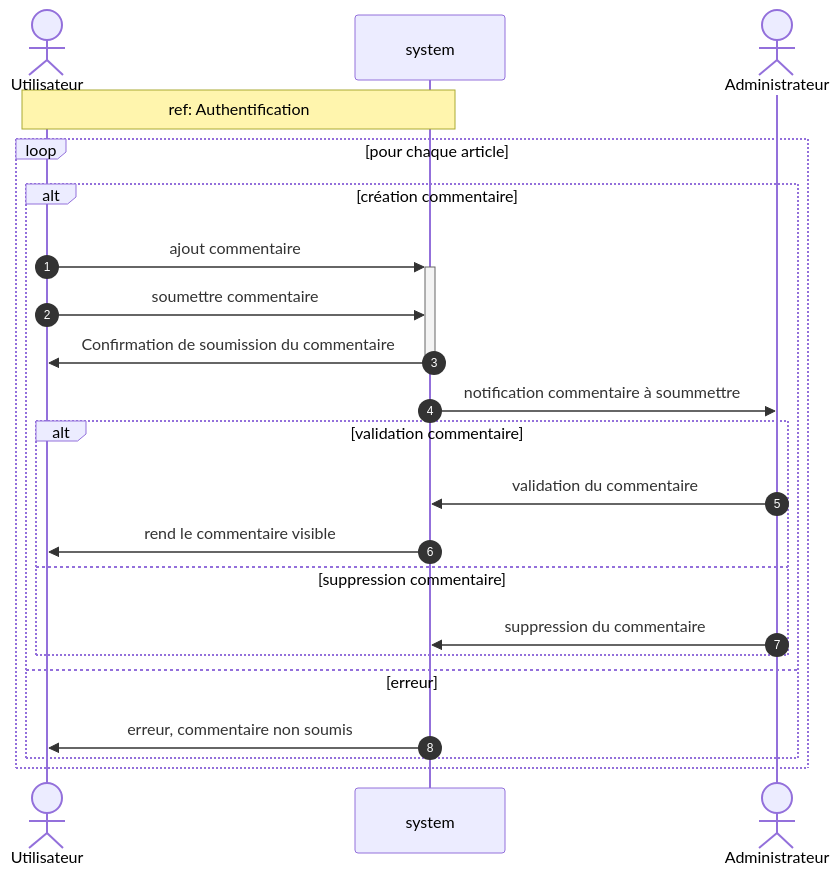
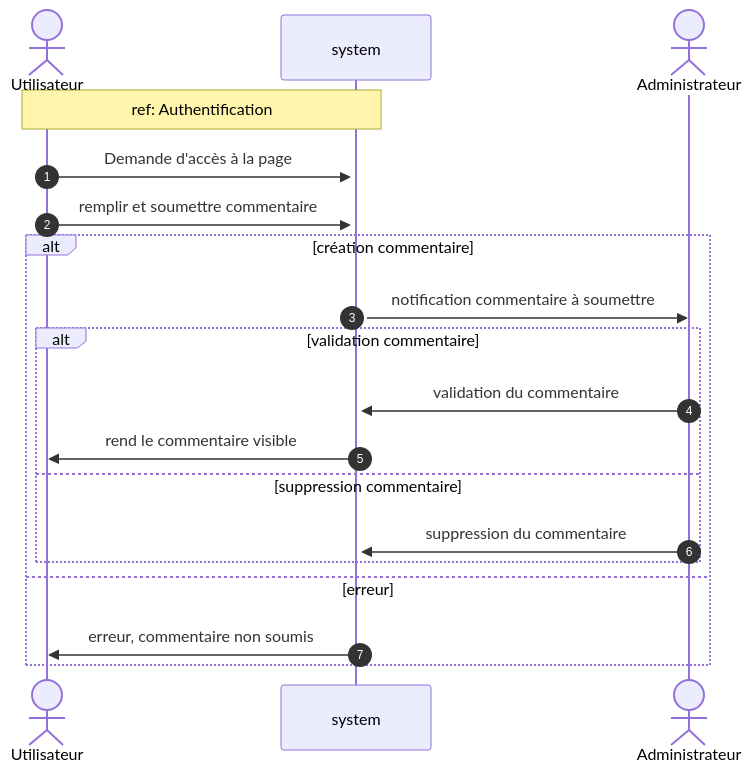
The diagram in public/UML/sd_creation_commentaire.md (Tony-marques/p5_blog), drawn with Mermaid before and after one commit. The commit also changed 28 other files, not shown here.

````diff
--- a/public/UML/sd_creation_commentaire.md
+++ b/public/UML/sd_creation_commentaire.md
@@ -1,35 +1,33 @@
 ```mermaid
 
 sequenceDiagram
   autonumber
   actor Utilisateur
   Note over Utilisateur,system: ref: Authentification
   actor Administrateur
 
 
-  loop pour chaque article
+      Utilisateur ->>+ system: Demande d'accès à la page
+      Utilisateur ->> system: remplir et soumettre commentaire
     alt création commentaire
-      Utilisateur ->>+ system: ajout commentaire
-      Utilisateur ->> system: soumettre commentaire
-      system ->>- Utilisateur: Confirmation de soumission du commentaire
-      system ->> Administrateur: notification commentaire à soummettre
+
+      system ->> Administrateur: notification commentaire à soumettre
       alt validation commentaire
         Administrateur ->> system: validation du commentaire
         system ->> Utilisateur: rend le commentaire visible
       else suppression commentaire
           Administrateur ->> system: suppression du commentaire
           
       end
     else erreur
       system ->> Utilisateur : erreur, commentaire non soumis
     end
-  end
 
 
 
 
 # Rajouter intermédiaire (front, back)
 
 
 
 ```
````
